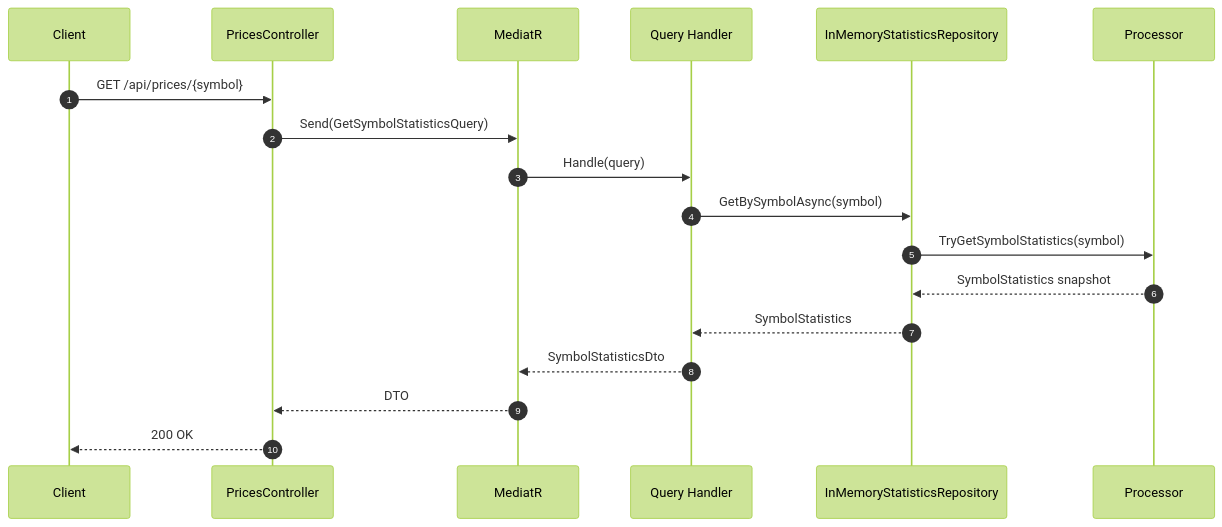
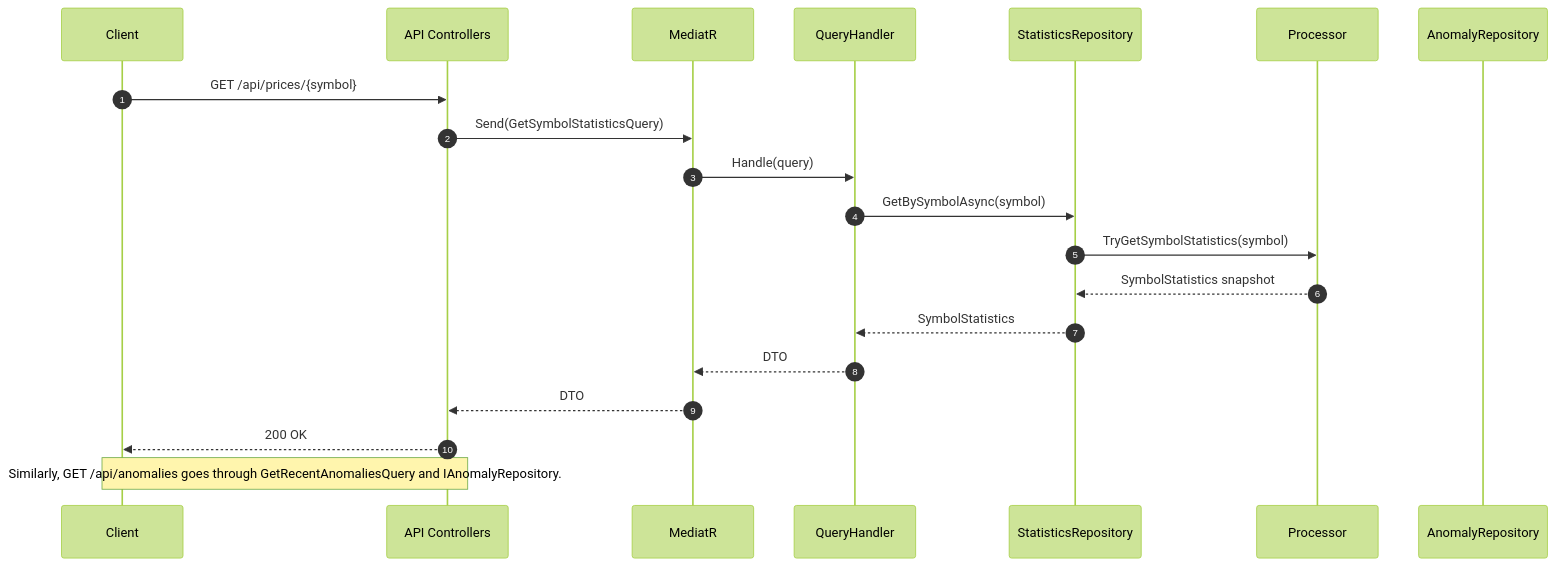
Before and after one commit to yasserebrahimi/MarketDataSystem: the fourth of 11 diagrams in README.md, drawn with Mermaid (forest theme). The commit also changed other lines of this file, not shown here.

````diff
--- a/README.md
+++ b/README.md
@@ -194,21 +162,24 @@
 ```mermaid
 sequenceDiagram
     autonumber
     participant Client
-    participant API as PricesController
+    participant API as API Controllers
     participant Med as MediatR
-    participant QryH as Query Handler
-    participant StatsRepo as InMemoryStatisticsRepository
+    participant QryH as QueryHandler
+    participant StatsRepo as StatisticsRepository
     participant Proc as Processor
+    participant AnomRepo as AnomalyRepository
 
     Client->>API: GET /api/prices/{symbol}
     API->>Med: Send(GetSymbolStatisticsQuery)
     Med->>QryH: Handle(query)
     QryH->>StatsRepo: GetBySymbolAsync(symbol)
     StatsRepo->>Proc: TryGetSymbolStatistics(symbol)
     Proc-->>StatsRepo: SymbolStatistics snapshot
     StatsRepo-->>QryH: SymbolStatistics
-    QryH-->>Med: SymbolStatisticsDto
+    QryH-->>Med: DTO
     Med-->>API: DTO
     API-->>Client: 200 OK
+
+    Note over Client,API: Similarly, GET /api/anomalies goes through GetRecentAnomaliesQuery and IAnomalyRepository.
 ```
````
